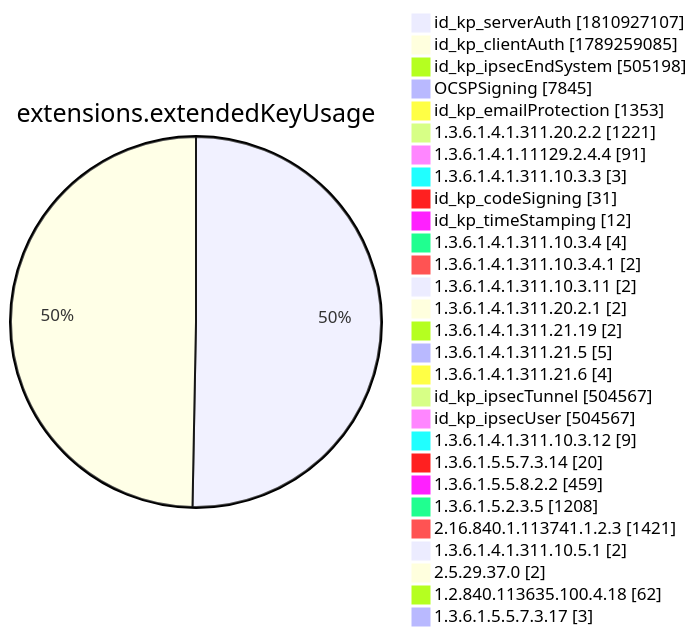
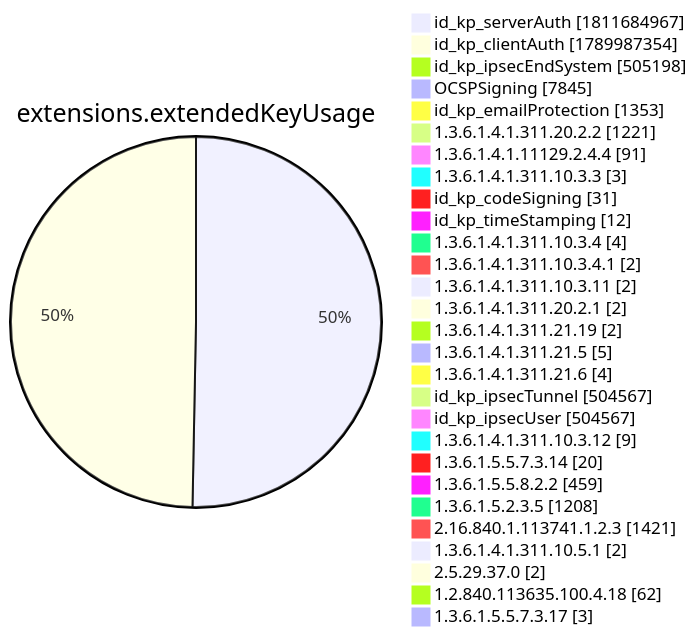
Diagram 12 of 15 in xenon2022/README.md (christiankrug/ctmonitor_visualization), drawn with Mermaid before and after one commit. The commit also changed other lines of this file, not shown here.

````diff
--- a/xenon2022/README.md
+++ b/xenon2022/README.md
@@ -3895,32 +3895,32 @@
 ```mermaid
 pie showData
 title extensions.extendedKeyUsage
-"id_kp_serverAuth" :1810927107
-"id_kp_clientAuth" :1789259085
+"id_kp_serverAuth" :1811684967
+"id_kp_clientAuth" :1789987354
 "id_kp_ipsecEndSystem" :505198
 "OCSPSigning" :7845
 "id_kp_emailProtection" :1353
 "1.3.6.1.4.1.311.20.2.2" :1221
 "1.3.6.1.4.1.11129.2.4.4" :91
 "1.3.6.1.4.1.311.10.3.3" :3
 "id_kp_codeSigning" :31
 "id_kp_timeStamping" :12
 "1.3.6.1.4.1.311.10.3.4" :4
 "1.3.6.1.4.1.311.10.3.4.1" :2
 "1.3.6.1.4.1.311.10.3.11" :2
 "1.3.6.1.4.1.311.20.2.1" :2
 "1.3.6.1.4.1.311.21.19" :2
 "1.3.6.1.4.1.311.21.5" :5
 "1.3.6.1.4.1.311.21.6" :4
 "id_kp_ipsecTunnel" :504567
 "id_kp_ipsecUser" :504567
 "1.3.6.1.4.1.311.10.3.12" :9
 "1.3.6.1.5.5.7.3.14" :20
 "1.3.6.1.5.5.8.2.2" :459
 "1.3.6.1.5.2.3.5" :1208
 "2.16.840.1.113741.1.2.3" :1421
 "1.3.6.1.4.1.311.10.5.1" :2
 "2.5.29.37.0" :2
 "1.2.840.113635.100.4.18" :62
 "1.3.6.1.5.5.7.3.17" :3
 ```
````
